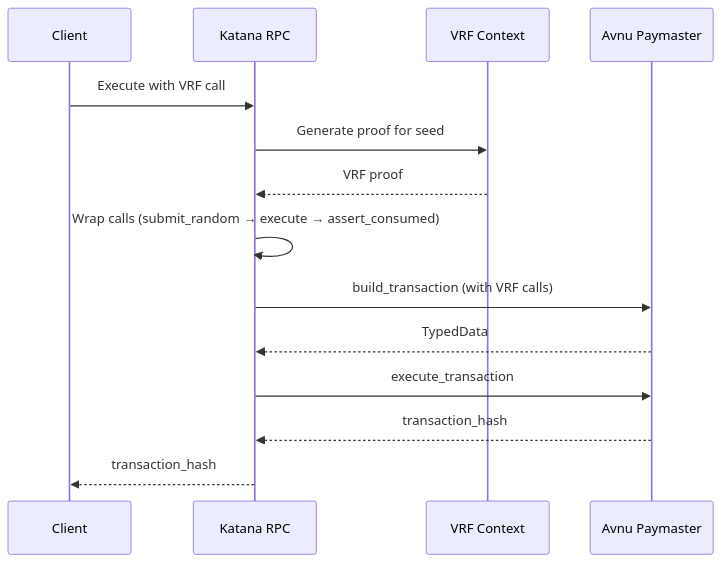
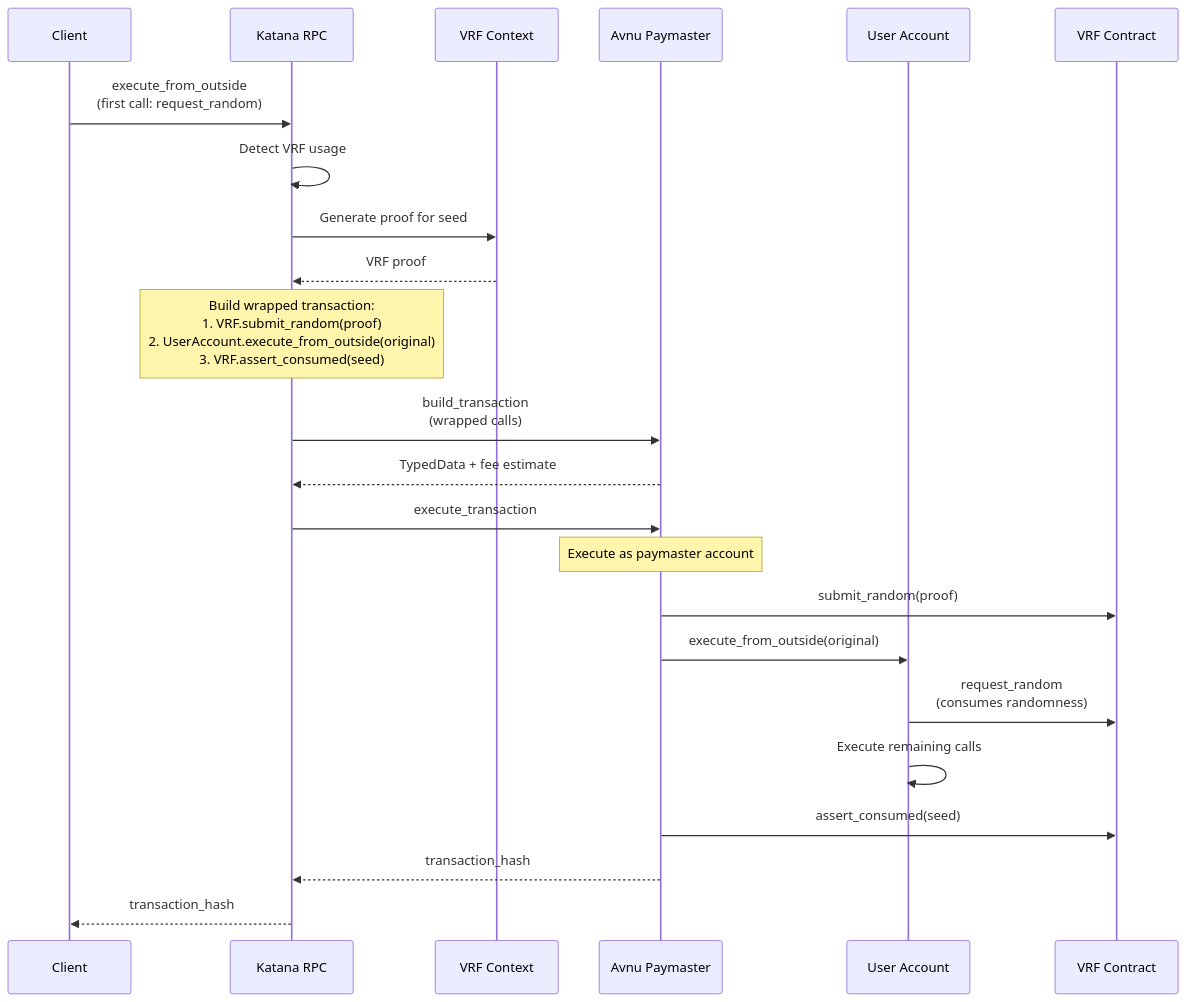
Before and after one commit to dojoengine/katana: the second of 2 diagrams in AVNU_PAYMASTER_INTEGRATION.md, drawn with Mermaid. The commit also changed other lines of this file and 1 other file, not shown here.

Commit message:
fix(vrf): correctly wrap entire execute_from_outside for VRF flow
- Wrap the complete execute_from_outside call instead of extracting calls
- Paymaster account executes: submit_random → execute_from_outside → assert_consumed
- Preserves user's transaction intact for proper VRF consumption
- Update documentation with detailed VRF transaction flow

🤖 Generated with [Claude Code](https://claude.ai/code)

````diff
--- a/AVNU_PAYMASTER_INTEGRATION.md
+++ b/AVNU_PAYMASTER_INTEGRATION.md
@@ -60,17 +63,30 @@
 ```mermaid
 sequenceDiagram
     participant Client
     participant Katana RPC
     participant VRF Context
     participant Avnu Paymaster
+    participant User Account
+    participant VRF Contract
 
-    Client->>Katana RPC: Execute with VRF call
+    Client->>Katana RPC: execute_from_outside<br/>(first call: request_random)
+    Katana RPC->>Katana RPC: Detect VRF usage
     Katana RPC->>VRF Context: Generate proof for seed
     VRF Context-->>Katana RPC: VRF proof
-    Katana RPC->>Katana RPC: Wrap calls (submit_random → execute → assert_consumed)
-    Katana RPC->>Avnu Paymaster: build_transaction (with VRF calls)
-    Avnu Paymaster-->>Katana RPC: TypedData
+
+    Note over Katana RPC: Build wrapped transaction:<br/>1. VRF.submit_random(proof)<br/>2. UserAccount.execute_from_outside(original)<br/>3. VRF.assert_consumed(seed)
+
+    Katana RPC->>Avnu Paymaster: build_transaction<br/>(wrapped calls)
+    Avnu Paymaster-->>Katana RPC: TypedData + fee estimate
     Katana RPC->>Avnu Paymaster: execute_transaction
+
+    Note over Avnu Paymaster: Execute as paymaster account
+    Avnu Paymaster->>VRF Contract: submit_random(proof)
+    Avnu Paymaster->>User Account: execute_from_outside(original)
+    User Account->>VRF Contract: request_random<br/>(consumes randomness)
+    User Account->>User Account: Execute remaining calls
+    Avnu Paymaster->>VRF Contract: assert_consumed(seed)
+
     Avnu Paymaster-->>Katana RPC: transaction_hash
     Katana RPC-->>Client: transaction_hash
 ```
````
